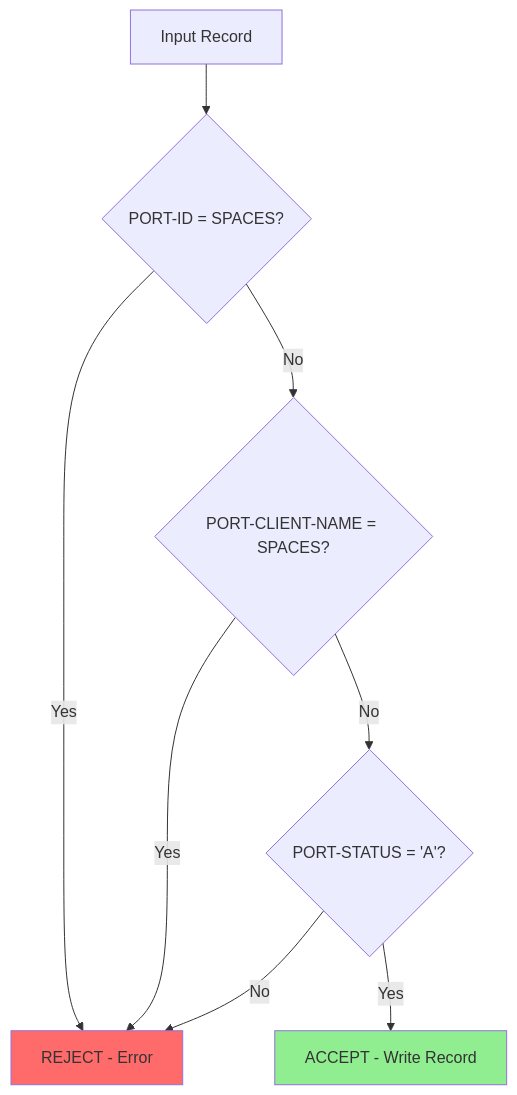
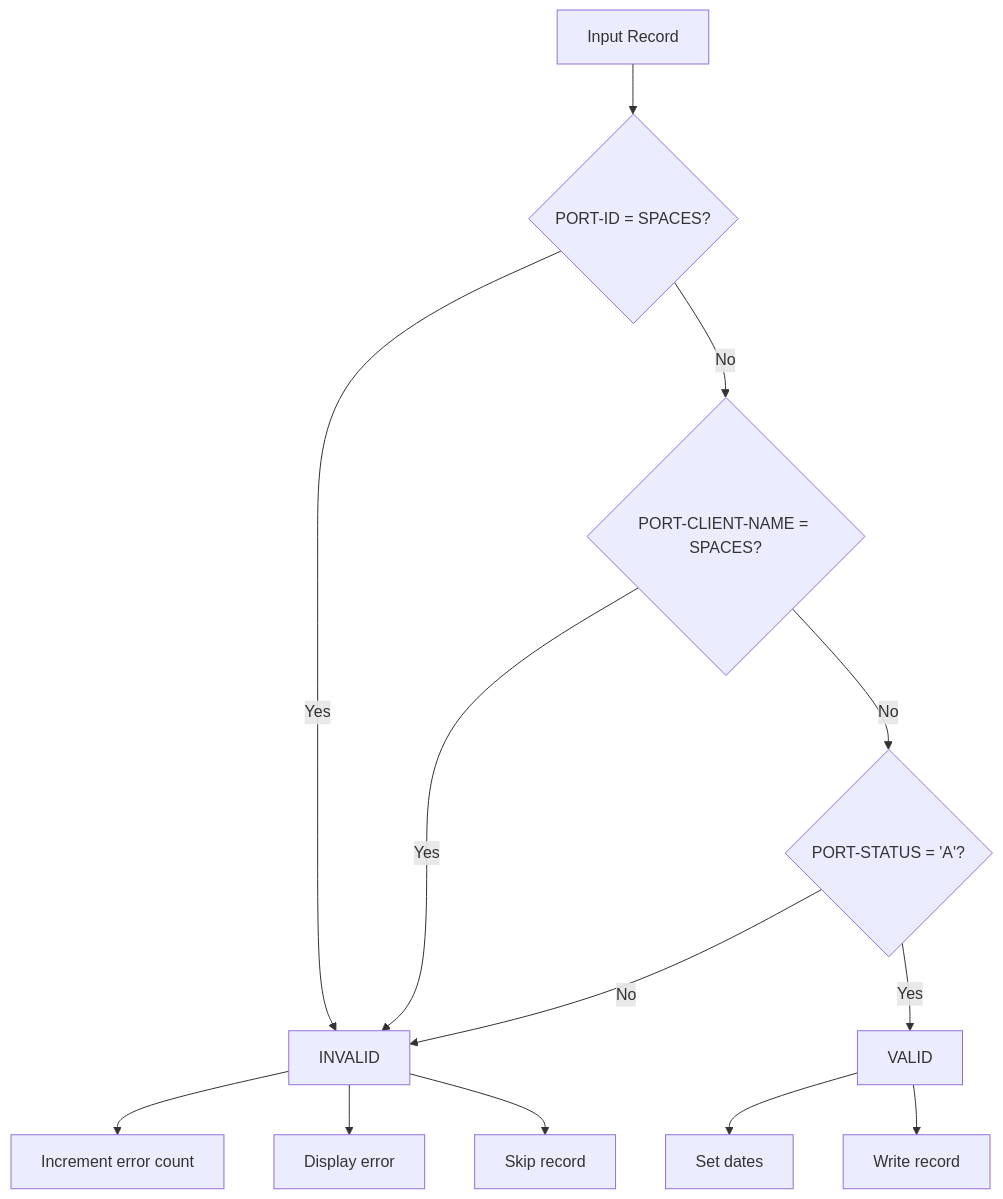
Before and after one commit to haladir-com/legacy-benchmark-docs-vb70e1: the second of 2 diagrams in docs/programs/PORTADD.mdx, drawn with Mermaid. The commit also changed other lines of this file and 63 other files, not shown here.

````diff
--- a/docs/programs/PORTADD.mdx
+++ b/docs/programs/PORTADD.mdx
@@ -232,13 +194,17 @@
 ```mermaid
 flowchart TD
     A[Input Record] --> B{PORT-ID = SPACES?}
-    B -->|Yes| X[REJECT - Error]
-    B -->|No| C{PORT-CLIENT-NAME = SPACES?}
-    C -->|Yes| X
-    C -->|No| D{PORT-STATUS = 'A'?}
-    D -->|No| X
-    D -->|Yes| E[ACCEPT - Write Record]
+    B -->|Yes| C[INVALID]
+    B -->|No| D{PORT-CLIENT-NAME = SPACES?}
+    D -->|Yes| C
+    D -->|No| E{PORT-STATUS = 'A'?}
+    E -->|No| C
+    E -->|Yes| F[VALID]
     
-    style X fill:#FF6B6B
-    style E fill:#90EE90
+    C --> G[Increment error count]
+    C --> H[Display error]
+    C --> I[Skip record]
+    
+    F --> J[Set dates]
+    F --> K[Write record]
 ```
````
